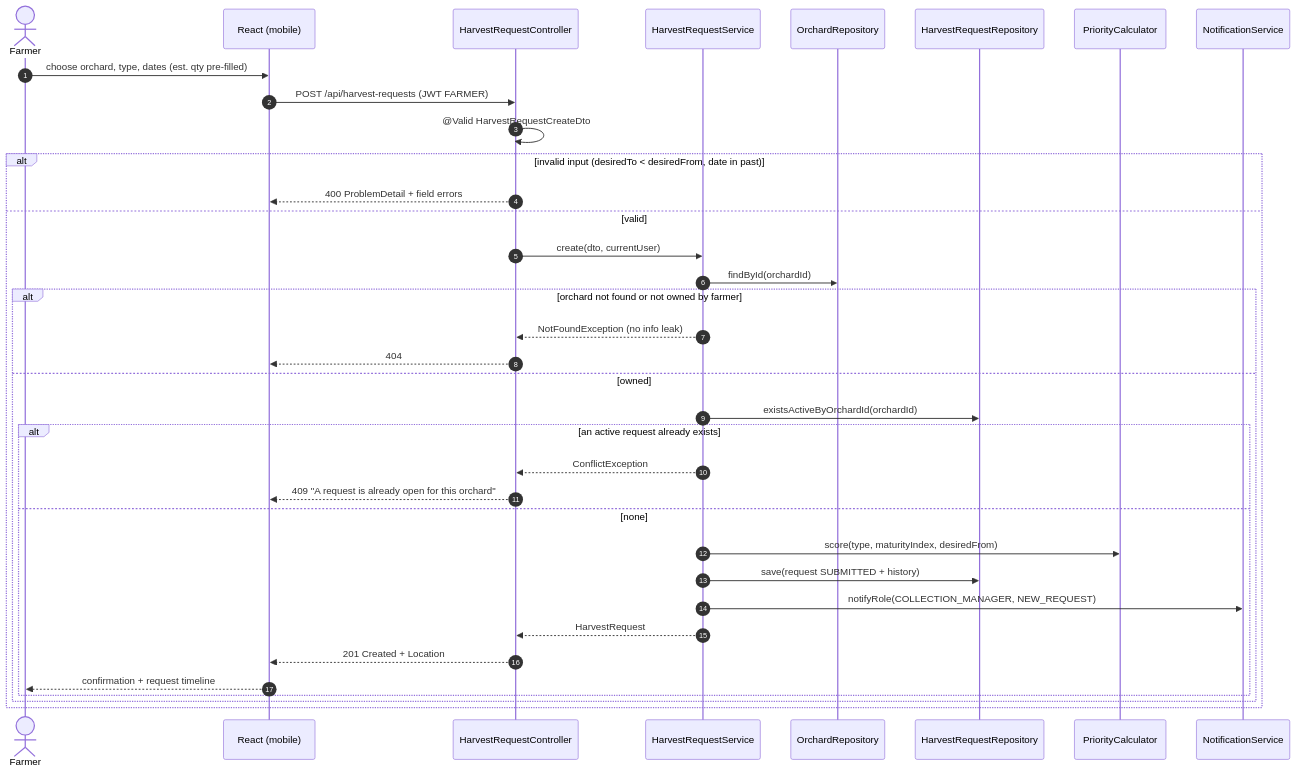
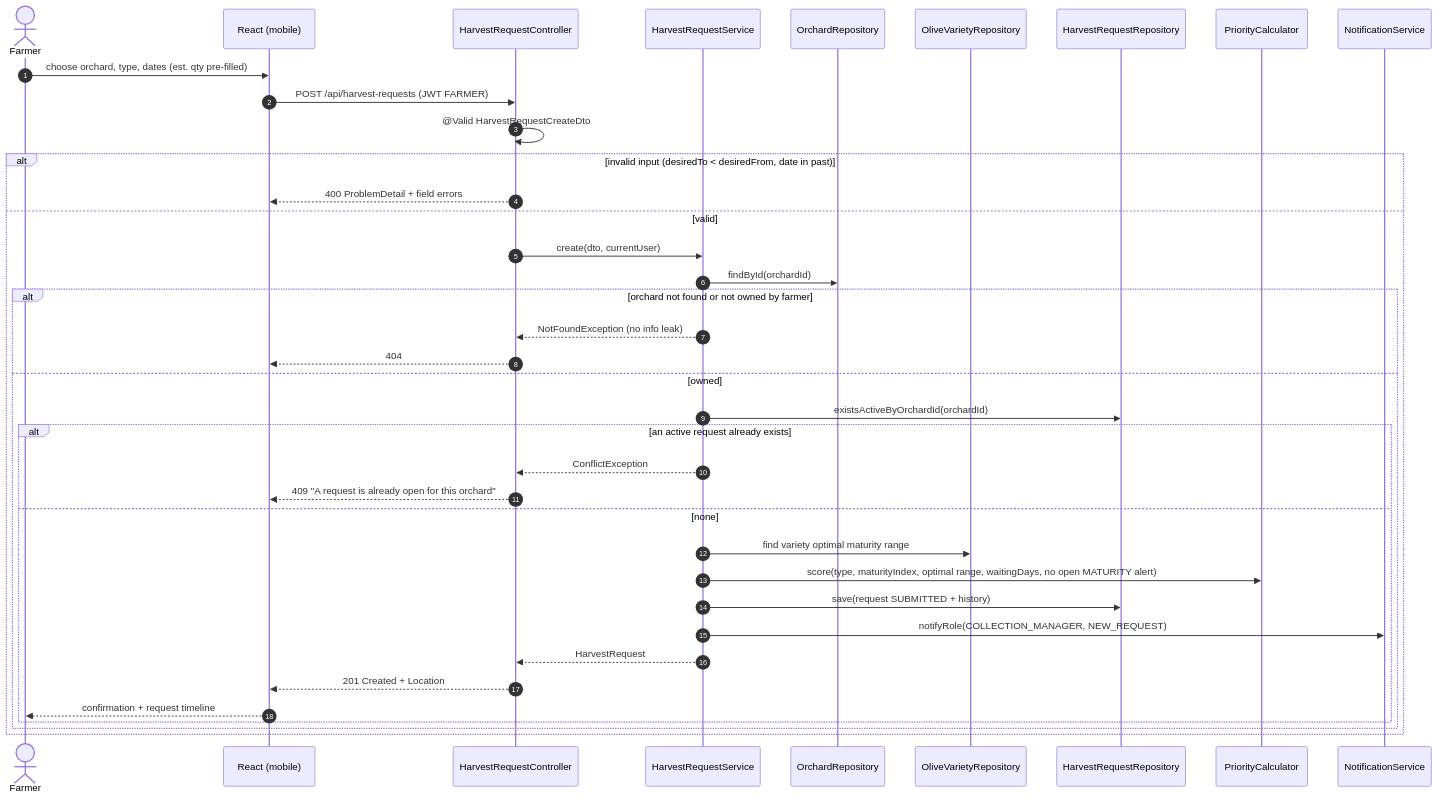
One commit to Iyed-M/olive-connect changed the fourth of 18 diagrams in docs/04-uml-design.md. Above: the diagram before and after it, drawn with Mermaid. The commit also changed other lines of this file and 5 other files, not shown here.

````diff
--- a/docs/04-uml-design.md
+++ b/docs/04-uml-design.md
@@ -573,39 +573,41 @@
 ```mermaid
 sequenceDiagram
     autonumber
     actor F as Farmer
     participant FE as React (mobile)
     participant C as HarvestRequestController
     participant S as HarvestRequestService
     participant OR as OrchardRepository
+    participant OVR as OliveVarietyRepository
     participant HR as HarvestRequestRepository
     participant P as PriorityCalculator
     participant NS as NotificationService
 
     F->>FE: choose orchard, type, dates (est. qty pre-filled)
     FE->>C: POST /api/harvest-requests (JWT FARMER)
     C->>C: @Valid HarvestRequestCreateDto
     alt invalid input (desiredTo < desiredFrom, date in past)
         C-->>FE: 400 ProblemDetail + field errors
     else valid
         C->>S: create(dto, currentUser)
         S->>OR: findById(orchardId)
         alt orchard not found or not owned by farmer
             S-->>C: NotFoundException (no info leak)
             C-->>FE: 404
         else owned
             S->>HR: existsActiveByOrchardId(orchardId)
             alt an active request already exists
                 S-->>C: ConflictException
                 C-->>FE: 409 "A request is already open for this orchard"
             else none
-                S->>P: score(type, maturityIndex, desiredFrom)
+                S->>OVR: find variety optimal maturity range
+                S->>P: score(type, maturityIndex, optimal range, waitingDays, no open MATURITY alert)
                 S->>HR: save(request SUBMITTED + history)
                 S->>NS: notifyRole(COLLECTION_MANAGER, NEW_REQUEST)
                 S-->>C: HarvestRequest
                 C-->>FE: 201 Created + Location
                 FE-->>F: confirmation + request timeline
             end
         end
     end
 ```
````
